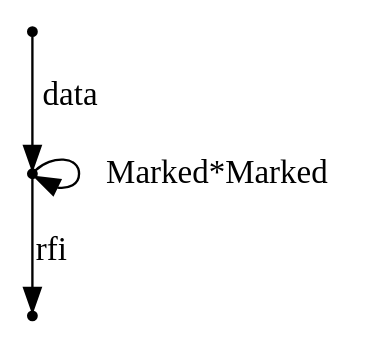
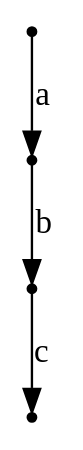
Before and after one commit to jangreen/rat: the diagram in output/counterexample.dot, drawn with Graphviz. The commit also changed 25 other files, not shown here.

```diff
--- a/output/counterexample.dot
+++ b/output/counterexample.dot
@@ -1,5 +1,5 @@
 digraph { node[shape="point"]
-N0x14db16ba0_0 -> N0x14db22b20_0[label = "rfi"];
-N0x14db16ba0_0 -> N0x14db16ba0_0[label = "Marked*Marked"];
-N -> N0x14db16ba0_0[label = "data"];
+N3 -> N1[label = "c"];
+N2 -> N3[label = "b"];
+N0 -> N2[label = "a"];
 }
```
